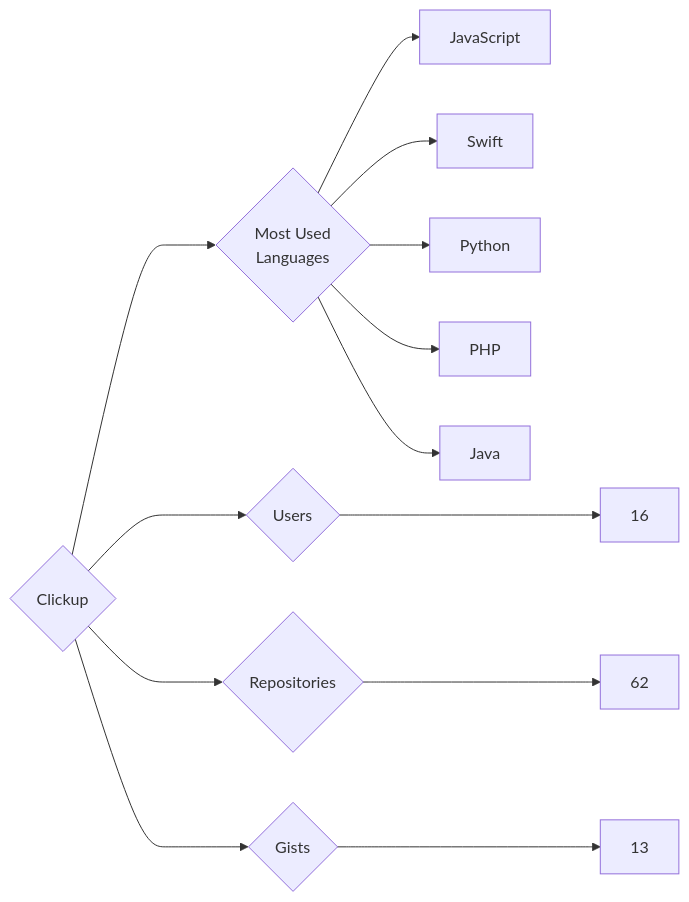
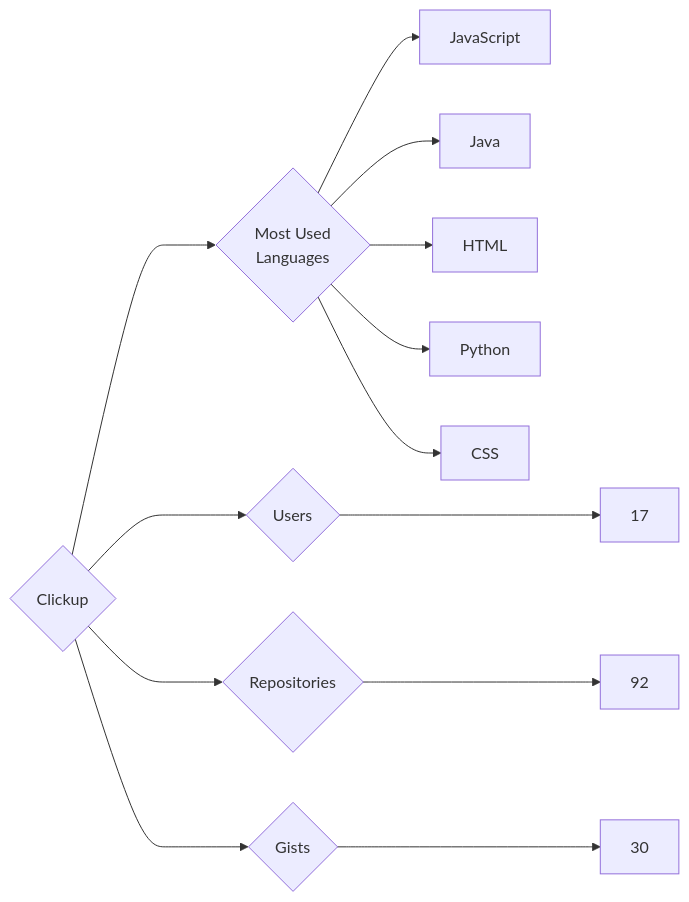
One commit to trickest/insiders changed the diagram in targets/Clickup/README.md. Above: the diagram before and after it, drawn with Mermaid. The commit also changed 894 other files, not shown here.

````diff
--- a/targets/Clickup/README.md
+++ b/targets/Clickup/README.md
@@ -3,13 +3,13 @@
 ```mermaid
 graph LR
 COMPANY_NAME{Clickup}
-COMPANY_NAME ---> U{Users} ---> UN[16]
-COMPANY_NAME ---> R{Repositories} ---> RN[62]
-COMPANY_NAME ---> G{Gists} ---> GN[13]
+COMPANY_NAME ---> U{Users} ---> UN[17]
+COMPANY_NAME ---> R{Repositories} ---> RN[92]
+COMPANY_NAME ---> G{Gists} ---> GN[30]
 COMPANY_NAME ---> ML{Most Used<br>Languages}
 ML --> JavaScript[JavaScript]
-ML --> Swift[Swift]
+ML --> Java[Java]
+ML --> HTML[HTML]
 ML --> Python[Python]
-ML --> PHP[PHP]
-ML --> Java[Java]
+ML --> CSS[CSS]
 ```
````
